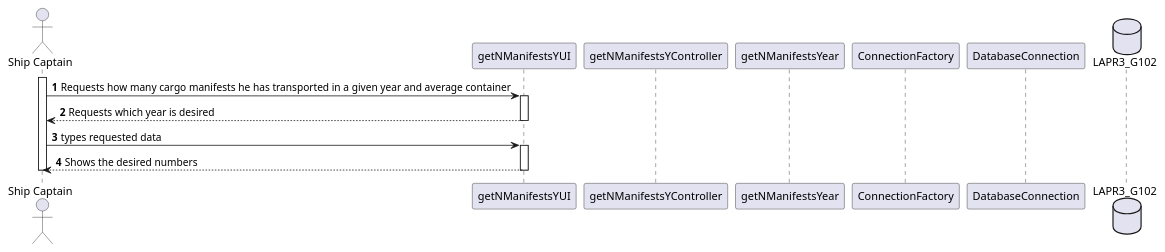
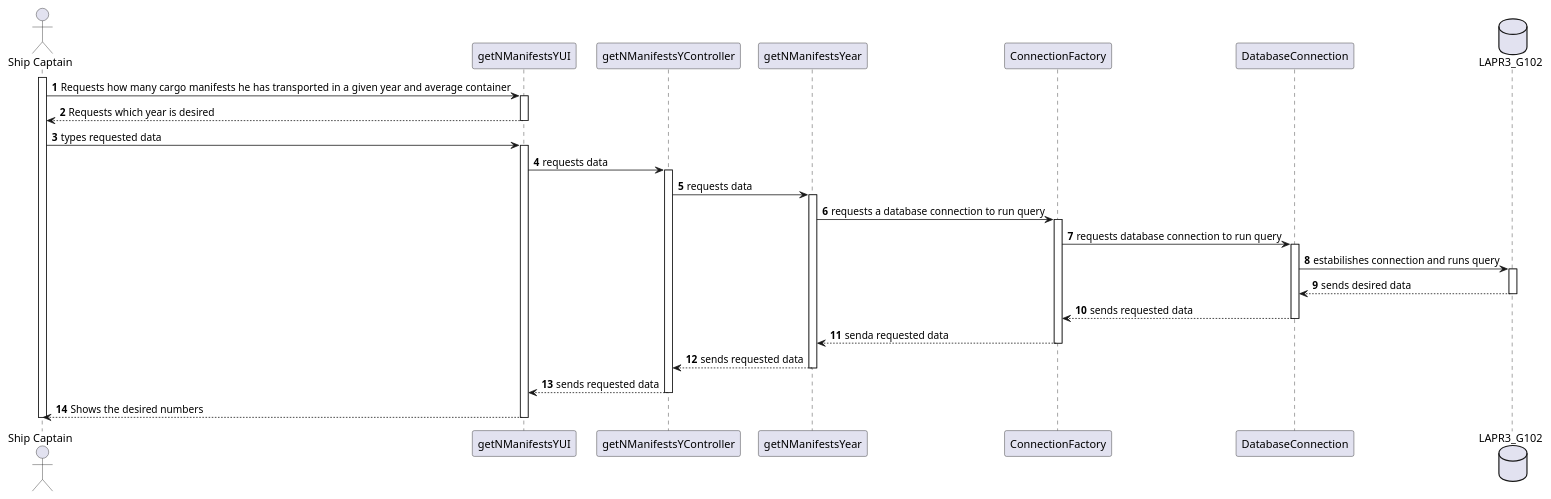
One commit to mpoboas/lapr3-2021-g102 changed the diagram in docs/Sprint2/US207/sd.puml. Above: the diagram before and after it, drawn with PlantUML. The commit also changed 1 other file, not shown here.

```diff
--- a/docs/Sprint2/US207/sd.puml
+++ b/docs/Sprint2/US207/sd.puml
@@ -1,24 +1,43 @@
 @startuml
 actor "Ship Captain" as sc
 participant getNManifestsYUI as UI
 participant getNManifestsYController as Controller
 participant getNManifestsYear as data
 participant ConnectionFactory as cf
 participant DatabaseConnection as dc
-
 database LAPR3_G102  as db
 
 autonumber
 activate sc
 sc -> UI: Requests how many cargo manifests he has transported in a given year and average container
 activate UI
 UI --> sc : Requests which year is desired
 deactivate UI
 sc ->UI : types requested data
 activate UI
+UI -> Controller :requests data
+activate Controller
+Controller -> data : requests data
+activate data
+data -> cf : requests a database connection to run query
+activate cf
+cf -> dc : requests database connection to run query
+activate dc
+dc -> db : estabilishes connection and runs query
+activate db
+db --> dc : sends desired data
+deactivate db
+dc --> cf : sends requested data
+deactivate dc
+cf --> data : senda requested data
+deactivate cf
+data -->  Controller: sends requested data
+deactivate data
+Controller --> UI :sends requested data
+deactivate Controller
 UI --> sc : Shows the desired numbers
 deactivate UI
 deactivate sc
 
 
 @enduml
```
